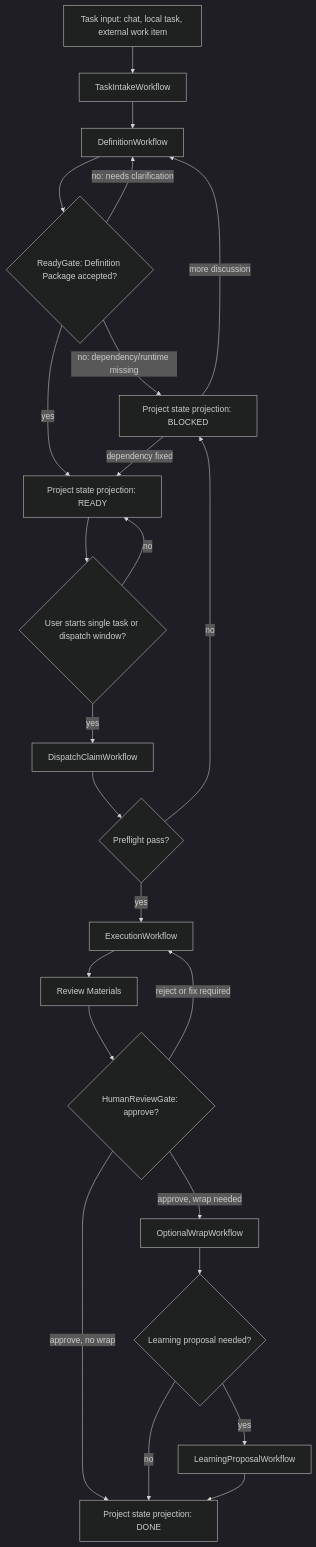
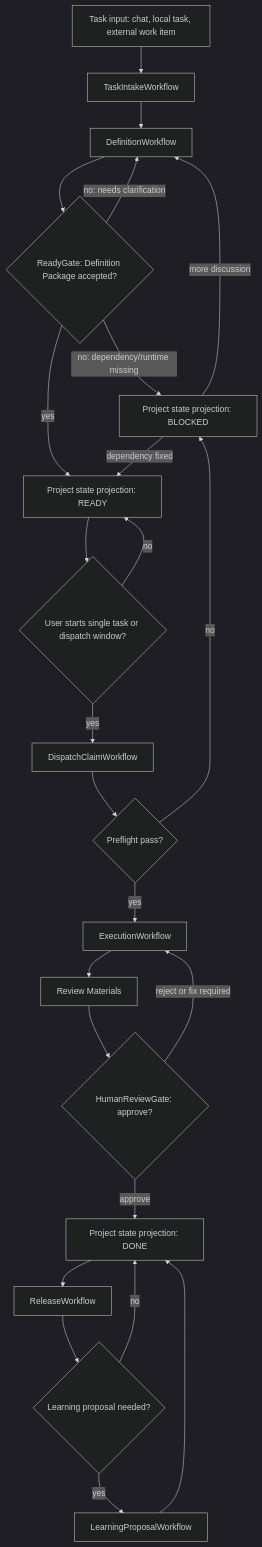
One commit to samzhu/grimoAPP changed the second of 10 diagrams in docs/grimo/references/grimo-agent-workflow-definition.md. Above: the diagram before and after it, drawn with Mermaid (dark theme). The commit also changed other lines of this file and 26 other files, not shown here.

````diff
--- a/docs/grimo/references/grimo-agent-workflow-definition.md
+++ b/docs/grimo/references/grimo-agent-workflow-definition.md
@@ -91,31 +95,31 @@
 ```mermaid
 flowchart TD
   Start["Task input: chat, local task, external work item"] --> Intake["TaskIntakeWorkflow"]
   Intake --> Definition["DefinitionWorkflow"]
   Definition --> ReadyGate{"ReadyGate: Definition Package accepted?"}
 
   ReadyGate -- "no: needs clarification" --> Definition
   ReadyGate -- "no: dependency/runtime missing" --> Blocked["Project state projection: BLOCKED"]
   ReadyGate -- "yes" --> Ready["Project state projection: READY"]
 
   Ready --> DispatchStart{"User starts single task or dispatch window?"}
   DispatchStart -- "no" --> Ready
   DispatchStart -- "yes" --> Dispatch["DispatchClaimWorkflow"]
   Dispatch --> PreflightGate{"Preflight pass?"}
   PreflightGate -- "no" --> Blocked
   PreflightGate -- "yes" --> Execution["ExecutionWorkflow"]
 
   Execution --> ReviewPackage["Review Materials"]
   ReviewPackage --> HumanReview{"HumanReviewGate: approve?"}
   HumanReview -- "reject or fix required" --> Execution
-  HumanReview -- "approve, no wrap" --> Done["Project state projection: DONE"]
-  HumanReview -- "approve, wrap needed" --> Wrap["OptionalWrapWorkflow"]
+  HumanReview -- "approve" --> Done["Project state projection: DONE"]
+  Done --> Release["ReleaseWorkflow"]
 
-  Wrap --> Learning{"Learning proposal needed?"}
+  Release --> Learning{"Learning proposal needed?"}
   Learning -- "yes" --> Proposal["LearningProposalWorkflow"]
   Learning -- "no" --> Done
   Proposal --> Done
 
   Blocked -- "more discussion" --> Definition
   Blocked -- "dependency fixed" --> Ready
 ```
````
